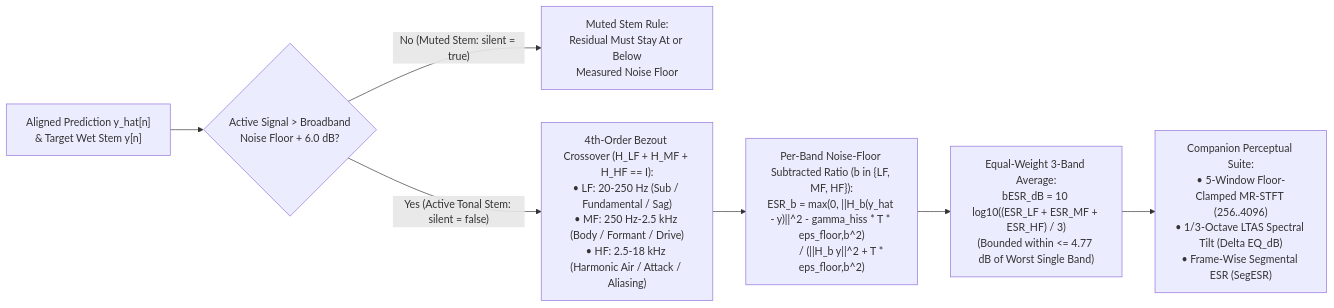
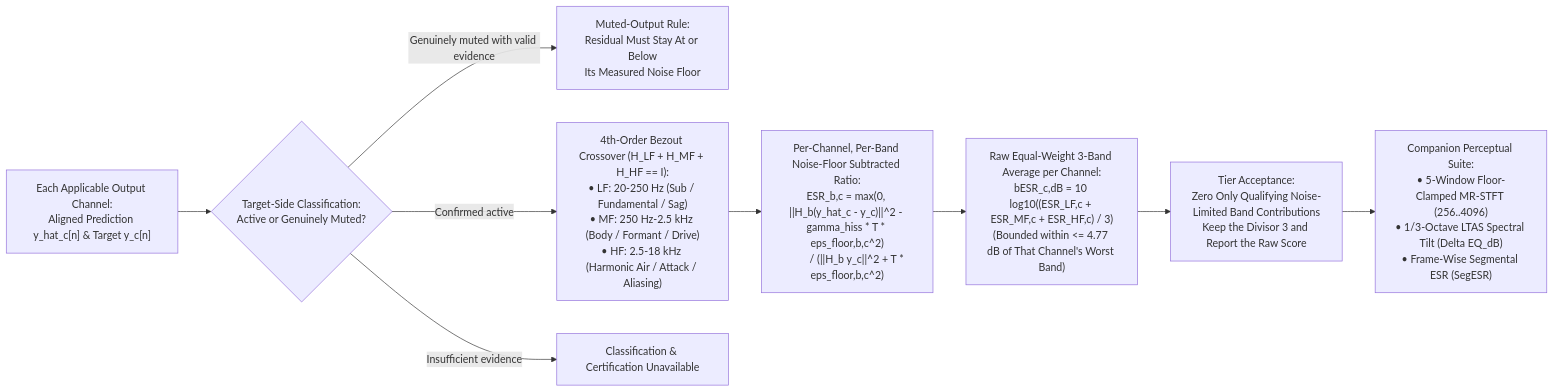
Before and after one commit to dnam-project/dnam: the diagram in docs/overview/psychoacoustic_quality_and_tiers.md, drawn with Mermaid. The commit also changed other lines of this file and 105 other files, not shown here.

````diff
--- a/docs/overview/psychoacoustic_quality_and_tiers.md
+++ b/docs/overview/psychoacoustic_quality_and_tiers.md
@@ -25,11 +25,13 @@
 ```mermaid
 flowchart LR
-    In["Aligned Prediction y_hat[n]<br/>& Target Wet Stem y[n]"] --> Gate{"Active Signal > Broadband<br/>Noise Floor + 6.0 dB?"}
+    In["Each Applicable Output Channel:<br/>Aligned Prediction y_hat_c[n] & Target y_c[n]"] --> Gate{"Target-Side Classification:<br/>Active or Genuinely Muted?"}
 
-    Gate -- "No (Muted Stem: silent = true)" --> MuteEval["Muted Stem Rule:<br/>Residual Must Stay At or Below<br/>Measured Noise Floor"]
-    Gate -- "Yes (Active Tonal Stem: silent = false)" --> Bezout["4th-Order Bezout Crossover (H_LF + H_MF + H_HF == I):<br/>• LF: 20-250 Hz (Sub / Fundamental / Sag)<br/>• MF: 250 Hz-2.5 kHz (Body / Formant / Drive)<br/>• HF: 2.5-18 kHz (Harmonic Air / Attack / Aliasing)"]
+    Gate -- "Genuinely muted with valid evidence" --> MuteEval["Muted-Output Rule:<br/>Residual Must Stay At or Below<br/>Its Measured Noise Floor"]
+    Gate -- "Confirmed active" --> Bezout["4th-Order Bezout Crossover (H_LF + H_MF + H_HF == I):<br/>• LF: 20-250 Hz (Sub / Fundamental / Sag)<br/>• MF: 250 Hz-2.5 kHz (Body / Formant / Drive)<br/>• HF: 2.5-18 kHz (Harmonic Air / Attack / Aliasing)"]
+    Gate -- "Insufficient evidence" --> Unknown["Classification & Certification Unavailable"]
 
-    Bezout --> BandEval["Per-Band Noise-Floor Subtracted Ratio (b in {LF, MF, HF}):<br/>ESR_b = max(0, ||H_b(y_hat - y)||^2 - gamma_hiss * T * eps_floor,b^2)<br/>        / (||H_b y||^2 + T * eps_floor,b^2)"]
-    BandEval --> Combine["Equal-Weight 3-Band Average:<br/>bESR_dB = 10 log10((ESR_LF + ESR_MF + ESR_HF) / 3)<br/>(Bounded within <= 4.77 dB of Worst Single Band)"]
-    Combine --> MultiMetric["Companion Perceptual Suite:<br/>• 5-Window Floor-Clamped MR-STFT (256..4096)<br/>• 1/3-Octave LTAS Spectral Tilt (Delta EQ_dB)<br/>• Frame-Wise Segmental ESR (SegESR)"]
+    Bezout --> BandEval["Per-Channel, Per-Band Noise-Floor Subtracted Ratio:<br/>ESR_b,c = max(0, ||H_b(y_hat_c - y_c)||^2 - gamma_hiss * T * eps_floor,b,c^2)<br/>        / (||H_b y_c||^2 + T * eps_floor,b,c^2)"]
+    BandEval --> Combine["Raw Equal-Weight 3-Band Average per Channel:<br/>bESR_c,dB = 10 log10((ESR_LF,c + ESR_MF,c + ESR_HF,c) / 3)<br/>(Bounded within <= 4.77 dB of That Channel's Worst Band)"]
+    Combine --> Accept["Tier Acceptance:<br/>Zero Only Qualifying Noise-Limited Band Contributions<br/>Keep the Divisor 3 and Report the Raw Score"]
+    Accept --> MultiMetric["Companion Perceptual Suite:<br/>• 5-Window Floor-Clamped MR-STFT (256..4096)<br/>• 1/3-Octave LTAS Spectral Tilt (Delta EQ_dB)<br/>• Frame-Wise Segmental ESR (SegESR)"]
 ```
````
